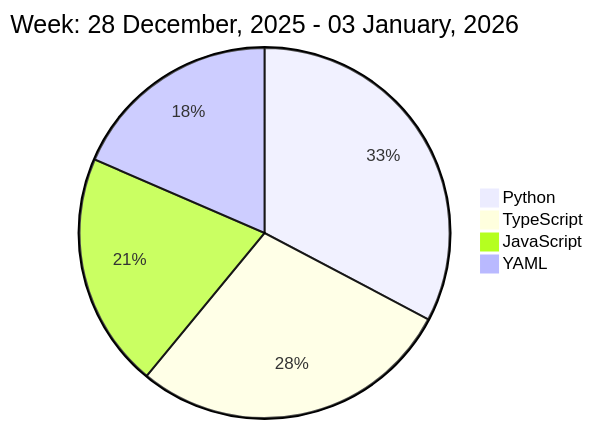
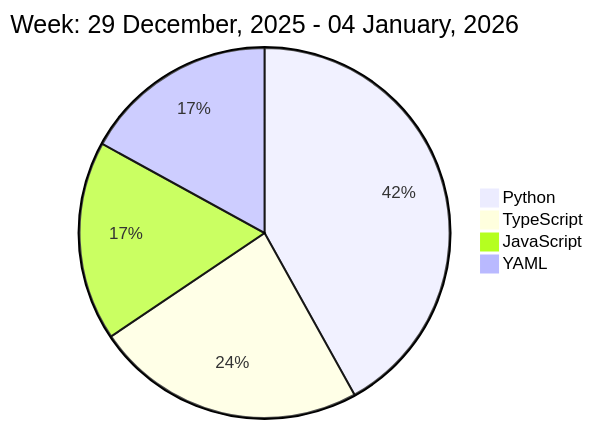
One commit to liubin95/liubin95 changed the diagram in README.md. Above: the diagram before and after it, drawn with Mermaid.

Commit message:
Updated the Graph with new Metrics

````diff
--- a/README.md
+++ b/README.md
@@ -37,8 +37,8 @@
 ```mermaid
  pie
-title Week: 28 December, 2025 - 03 January, 2026
- "Python" : 3.22
+title Week: 29 December, 2025 - 04 January, 2026
+ "Python" : 4.93
  "TypeScript" : 2.78
- "JavaScript" : 2.02
- "YAML" : 1.82
+ "JavaScript" : 2.05
+ "YAML" : 2.0
 ```
````
